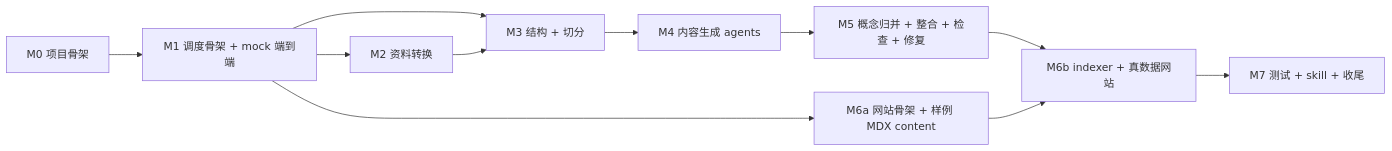
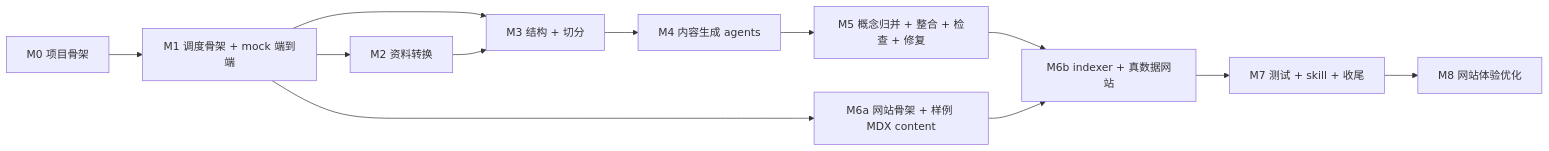
The diagram in plan.md (pppwaw/bookwiki), drawn with Mermaid before and after one commit. The commit also changed other lines of this file, not shown here.

````diff
--- a/plan.md
+++ b/plan.md
@@ -12,13 +12,14 @@
 ```mermaid
 flowchart LR
     M0[M0 项目骨架] --> M1[M1 调度骨架 + mock 端到端]
     M1 --> M2[M2 资料转换]
     M1 --> M3[M3 结构 + 切分]
     M1 --> M6P[M6a 网站骨架 + 样例 MDX content]
     M2 --> M3
     M3 --> M4[M4 内容生成 agents]
     M4 --> M5[M5 概念归并 + 整合 + 检查 + 修复]
     M5 --> M6B[M6b indexer + 真数据网站]
     M6P --> M6B
     M6B --> M7[M7 测试 + skill + 收尾]
+    M7 --> M8[M8 网站体验优化]
 ```
````
